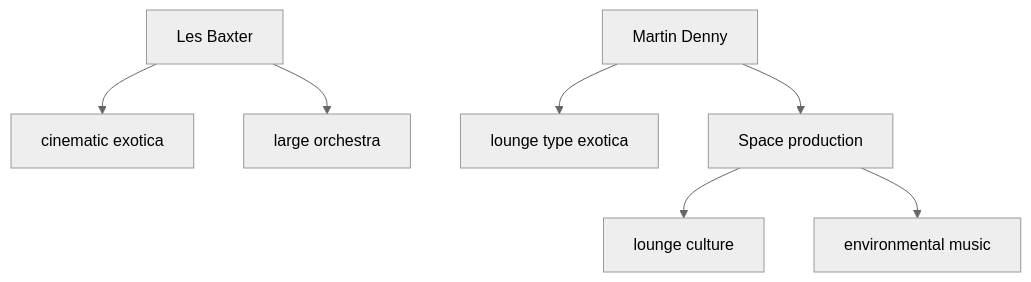
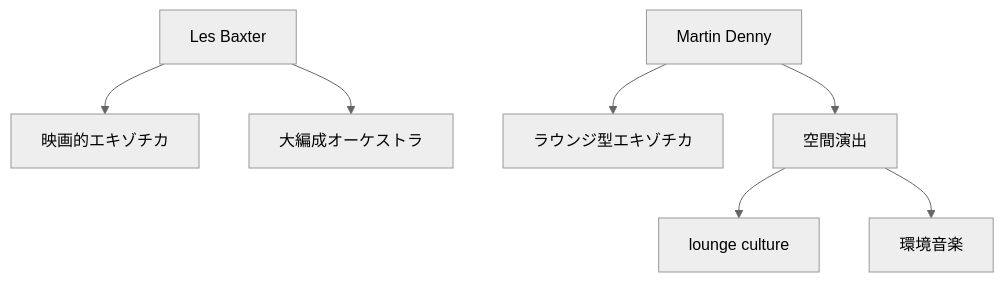
The third of 8 diagrams in en/_posts/2026-05-24-column-martin-denny.md (monumental-movement/monumental-movement.github.io), drawn with Mermaid (neutral theme) before and after one commit. The commit also changed other lines of this file and 2196 other files, not shown here.

```diff
--- a/en/_posts/2026-05-24-column-martin-denny.md
+++ b/en/_posts/2026-05-24-column-martin-denny.md
@@ -176,9 +176,9 @@
 <div class="mermaid">
 graph TD
-A[Les Baxter] --> B[cinematic exotica]
-A --> C[large orchestra]
-D[Martin Denny] --> E[lounge type exotica]
-D --> F[Space production]
+A[Les Baxter] --> B[映画的エキゾチカ]
+A --> C[大編成オーケストラ]
+D[Martin Denny] --> E[ラウンジ型エキゾチカ]
+D --> F[空間演出]
 F --> G[lounge culture]
-F --> H[environmental music]
+F --> H[環境音楽]
 </div>
```
